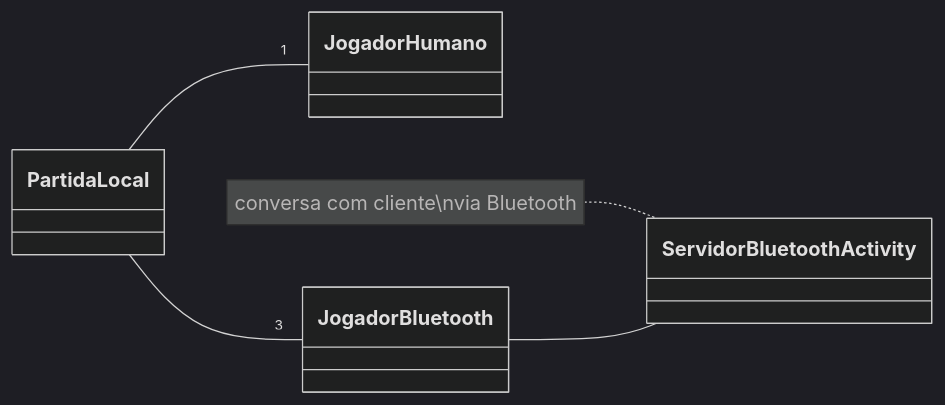
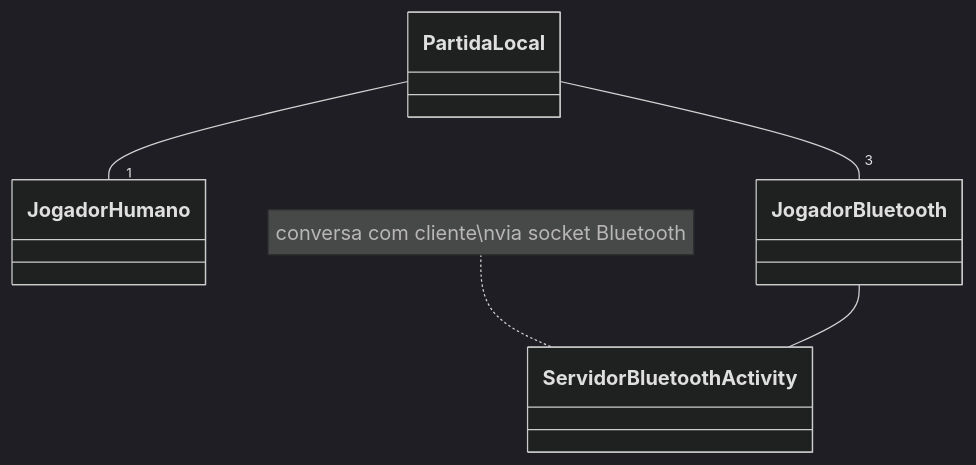
The fourth of 6 diagrams in docs/desenvolvimento.md (chesterbr/minitruco-android), drawn with Mermaid (dark theme) before and after one commit. The commit also changed other lines of this file, not shown here.

Commit message:
Atualiza documentação com hierarquias de salas, cliente internet e outros lances

````diff
--- a/docs/desenvolvimento.md
+++ b/docs/desenvolvimento.md
@@ -167,8 +228,7 @@
 ```mermaid
 classDiagram
-direction LR
     PartidaLocal -- "1" JogadorHumano
     PartidaLocal -- "3" JogadorBluetooth
     JogadorBluetooth -- ServidorBluetoothActivity
-    note for ServidorBluetoothActivity "conversa com cliente\nvia Bluetooth"
+    note for ServidorBluetoothActivity "conversa com cliente\nvia socket Bluetooth"
 ```
````
